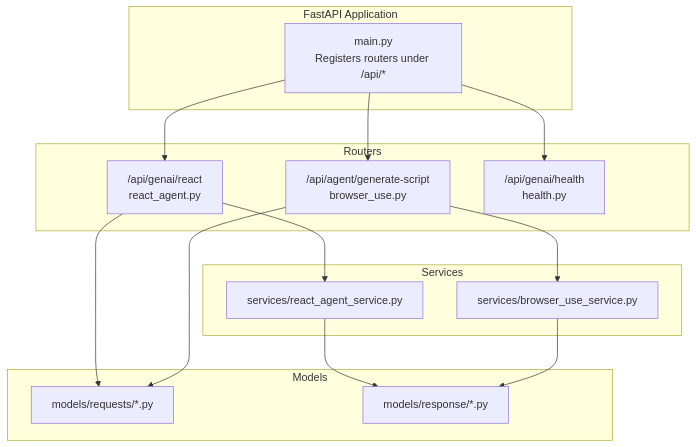
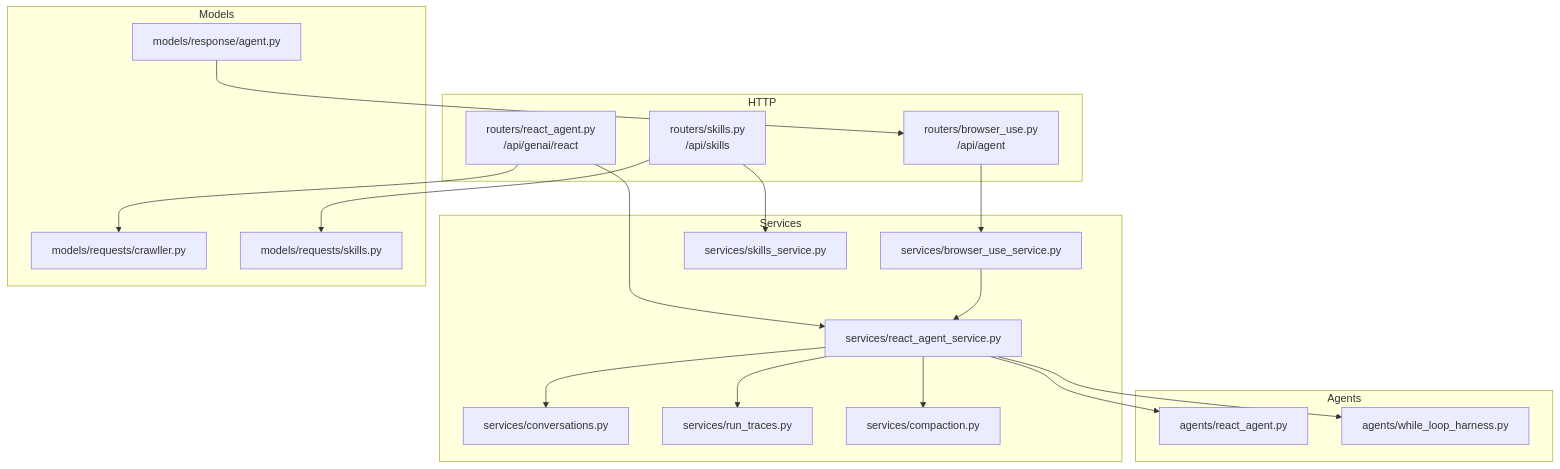
Before and after one commit to tashifkhan/tashif.codes: the first of 4 diagrams in src/data/docs/agentic-browser/API Server/Agent System API.md, drawn with Mermaid. The commit also changed other lines of this file and 114 other files, not shown here.

````diff
--- a/src/data/docs/agentic-browser/API Server/Agent System API.md
+++ b/src/data/docs/agentic-browser/API Server/Agent System API.md
@@ -9,28 +17,37 @@
 ```mermaid
 graph TB
-subgraph "FastAPI Application"
-A["main.py<br/>Registers routers under /api/*"]
-end
-subgraph "Routers"
-R1["/api/genai/react<br/>react_agent.py"]
-R2["/api/agent/generate-script<br/>browser_use.py"]
-R3["/api/genai/health<br/>health.py"]
-end
-subgraph "Services"
-S1["services/react_agent_service.py"]
-S2["services/browser_use_service.py"]
-end
-subgraph "Models"
-M1["models/requests/*.py"]
-M2["models/response/*.py"]
-end
-A --> R1
-A --> R2
-A --> R3
-R1 --> S1
-R2 --> S2
-R1 --> M1
-R2 --> M1
-S1 --> M2
-S2 --> M2
+  subgraph "HTTP"
+    RA["routers/react_agent.py<br/>/api/genai/react"]
+    BU["routers/browser_use.py<br/>/api/agent"]
+    SK["routers/skills.py<br/>/api/skills"]
+  end
+  subgraph "Services"
+    RAS["services/react_agent_service.py"]
+    BUS["services/browser_use_service.py"]
+    SKS["services/skills_service.py"]
+    CONV["services/conversations.py"]
+    TRACE["services/run_traces.py"]
+    COMP["services/compaction.py"]
+  end
+  subgraph "Agents"
+    REACT["agents/react_agent.py"]
+    HARNESS["agents/while_loop_harness.py"]
+  end
+  subgraph "Models"
+    CR["models/requests/crawller.py"]
+    SR["models/requests/skills.py"]
+    GS["models/response/agent.py"]
+  end
+  RA --> CR
+  RA --> RAS
+  BU --> BUS
+  SK --> SKS
+  SK --> SR
+  RAS --> REACT
+  RAS --> HARNESS
+  RAS --> CONV
+  RAS --> TRACE
+  RAS --> COMP
+  BUS --> RAS
+  GS --> BU
 ```
````
